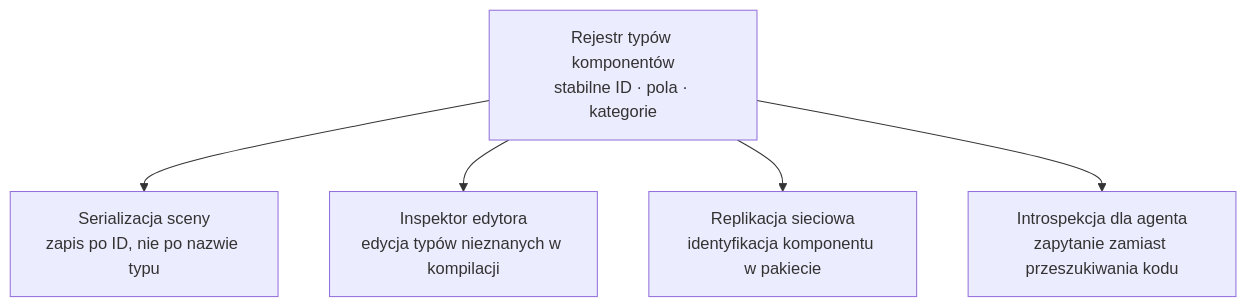
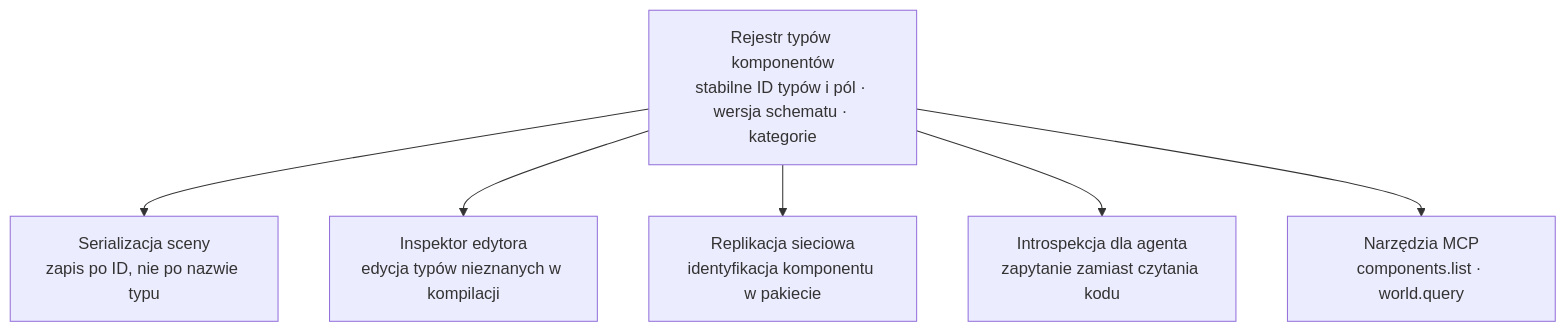
One commit to eXoz00rd/HEngine changed the seventh of 11 diagrams in docs/TARGET_ARCHITECTURE.md. Above: the diagram before and after it, drawn with Mermaid. The commit also changed other lines of this file and 1 other file, not shown here.

Commit message:
Refocus the target architecture document on the target state (#4)

````diff
--- a/docs/TARGET_ARCHITECTURE.md
+++ b/docs/TARGET_ARCHITECTURE.md
@@ -254,9 +440,10 @@
 ```mermaid
 flowchart TD
-    REG["Rejestr typów komponentów<br/>stabilne ID · pola · kategorie"]
+    REG["Rejestr typów komponentów<br/>stabilne ID typów i pól · wersja schematu · kategorie"]
 
     REG --> S1["Serializacja sceny<br/>zapis po ID, nie po nazwie typu"]
     REG --> S2["Inspektor edytora<br/>edycja typów nieznanych w kompilacji"]
     REG --> S3["Replikacja sieciowa<br/>identyfikacja komponentu w pakiecie"]
-    REG --> S4["Introspekcja dla agenta<br/>zapytanie zamiast przeszukiwania kodu"]
+    REG --> S4["Introspekcja dla agenta<br/>zapytanie zamiast czytania kodu"]
+    REG --> S5["Narzędzia MCP<br/>components.list · world.query"]
 ```
````
